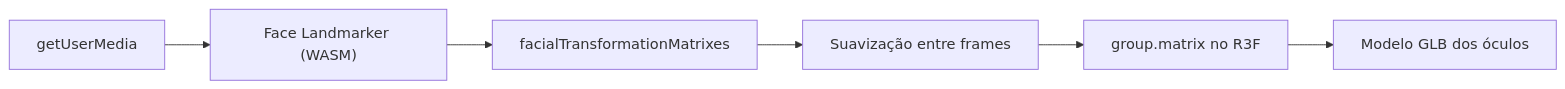
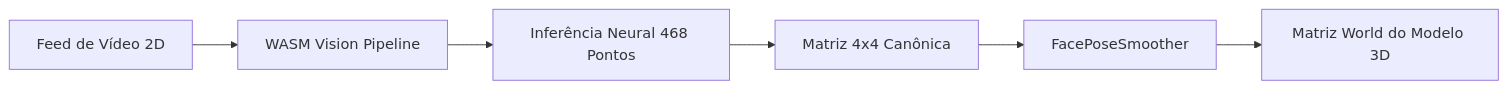
One commit to rafafrd/LP-with-VR changed the second of 2 diagrams in docs/vault/02-Arquitetura/Stack-Tecnologica.md. Above: the diagram before and after it, drawn with Mermaid. The commit also changed other lines of this file and 7 other files, not shown here.

````diff
--- a/docs/vault/02-Arquitetura/Stack-Tecnologica.md
+++ b/docs/vault/02-Arquitetura/Stack-Tecnologica.md
@@ -44,8 +83,8 @@
 ```mermaid
 flowchart LR
-    Cam[getUserMedia] --> FL["Face Landmarker (WASM)"]
-    FL --> M[facialTransformationMatrixes]
-    M --> S[Suavização entre frames]
-    S --> R3F["group.matrix no R3F"]
-    R3F --> GLB[Modelo GLB dos óculos]
+    A[Feed de Vídeo 2D] --> B[WASM Vision Pipeline]
+    B --> C[Inferência Neural 468 Pontos]
+    C --> D[Matriz 4x4 Canônica]
+    D --> E[FacePoseSmoother]
+    E --> F[Matriz World do Modelo 3D]
 ```
````
